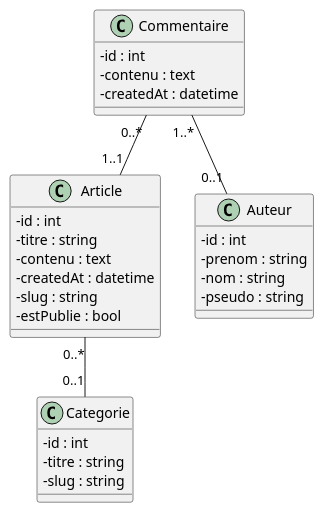
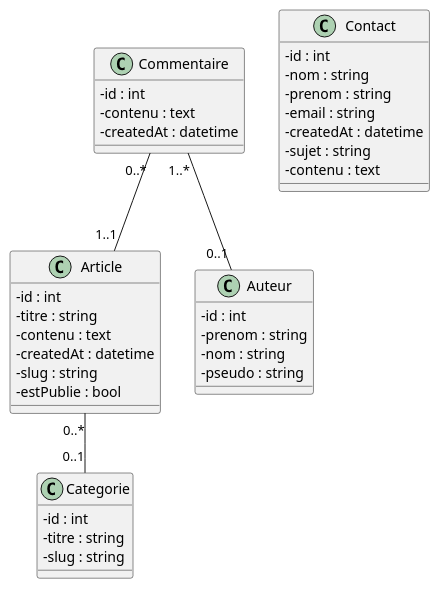
The diagram in documentation/diagramme_classes.puml (liamgnb/symfony-blog), drawn with PlantUML before and after one commit. The commit also changed 7 other files, not shown here.

```diff
--- a/documentation/diagramme_classes.puml
+++ b/documentation/diagramme_classes.puml
@@ -1,36 +1,46 @@
 @startuml
 skinparam classAttributeIconSize 0
 
 class Article {
     - id : int
     - titre : string
     - contenu : text
     - createdAt : datetime
     - slug : string
     - estPublie : bool
 }
 
 class Categorie {
     - id : int
     - titre : string
     - slug : string
 }
 
 class Commentaire {
     - id : int
     - contenu : text
     - createdAt : datetime
 }
 
 class Auteur {
     - id : int
     - prenom : string
     - nom : string
     - pseudo : string
 }
 
+class Contact {
+    - id : int
+    - nom : string
+    - prenom : string
+    - email : string
+    - createdAt : datetime
+    - sujet : string
+    - contenu : text
+}
+
 Article "0..*" -- "0..1" Categorie
 Commentaire "1..*" -- "0..1" Auteur
 Commentaire "0..*" -- "1..1" Article
 
 @enduml
```
